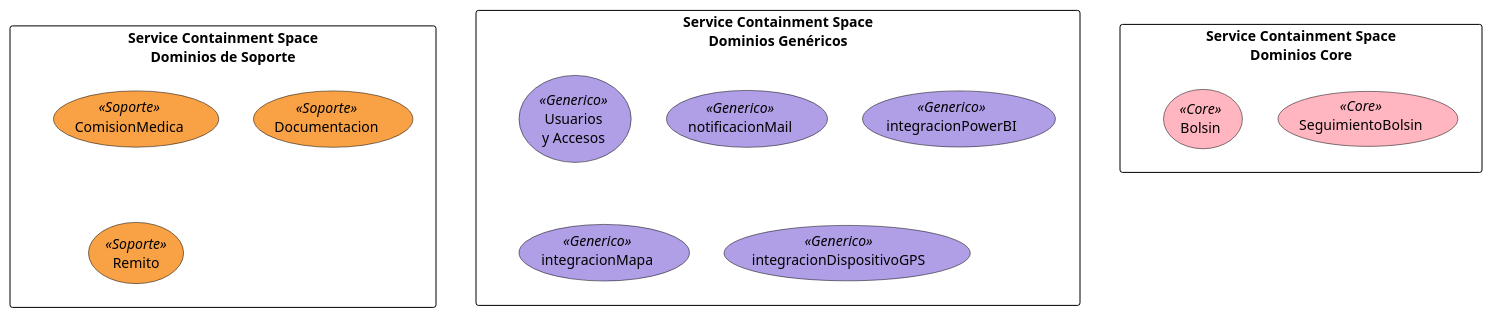
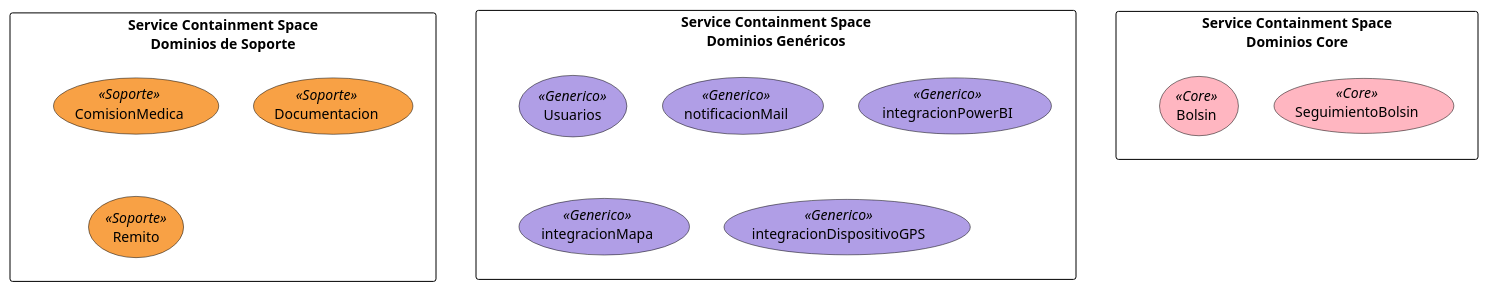
One commit to FabrizioRava/PPAI-2026-Grupo1 changed the diagram in vistasArquitectónicas/separacionDominios.plantuml. Above: the diagram before and after it, drawn with PlantUML. The commit also changed 3 other files, not shown here.

```diff
--- a/vistasArquitectónicas/separacionDominios.plantuml
+++ b/vistasArquitectónicas/separacionDominios.plantuml
@@ -1,53 +1,53 @@
 @startuml separacionDominios
 ' Evitar sombras para un aspecto más plano y similar a la imagen
 skinparam shadowing false
 
 ' Configuración de los contenedores
 skinparam rectangle {
     BackgroundColor White
     BorderColor Black
     fontColor Black
 }
 
 ' Configuración de los óvalos (casos de uso) y sus colores por estereotipo
 skinparam usecase {
     BackgroundColor<<Soporte>> #F8A145
     BackgroundColor<<Generico>> #B09EE6
     BackgroundColor<<Core>> #FFB6C1
     BorderColor Black
     FontColor Black
 }
 
 ' ==========================================
 ' Service Containment Space: Dominios de Soporte
 ' ==========================================
 rectangle "Service Containment Space\nDominios de Soporte" as ContenedorSoporte {
     usecase "ComisionMedica" as comision <<Soporte>>
     usecase "Documentacion" as documentacion <<Soporte>>
     usecase "Remito" as remito <<Soporte>>
 }
 
 ' ==========================================
 ' Service Containment Space: Dominios Genéricos
 ' ==========================================
 rectangle "Service Containment Space\nDominios Genéricos" as ContenedorGenericos {
-    usecase "Usuarios\ny Accesos" as usuarios <<Generico>>
+    usecase "Usuarios" as usuarios <<Generico>>
     usecase "notificacionMail" as mail <<Generico>>
     usecase "integracionPowerBI" as powerbi <<Generico>>
     usecase "integracionMapa" as mapa <<Generico>>
     usecase "integracionDispositivoGPS" as gps <<Generico>>
 }
 
 ' ==========================================
 ' Service Containment Space: Dominios Core
 ' ==========================================
 rectangle "Service Containment Space\nDominios Core" as ContenedorCore {
     usecase "SeguimientoBolsin" as seguimiento <<Core>>
     usecase "Bolsin" as bolsin <<Core>>
 }
 
 ' Enlaces ocultos para forzar la alineación horizontal de izquierda a derecha
 ContenedorSoporte -[hidden]right-> ContenedorGenericos
 ContenedorGenericos -[hidden]right-> ContenedorCore
 
 @enduml
```
